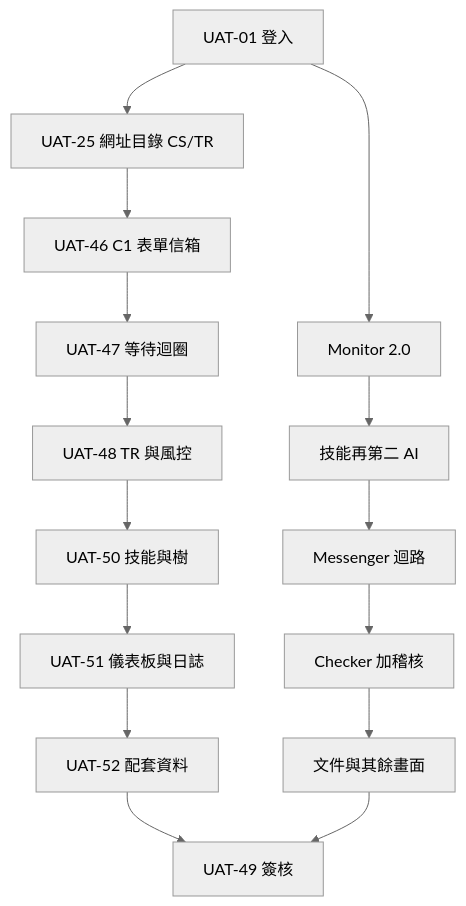
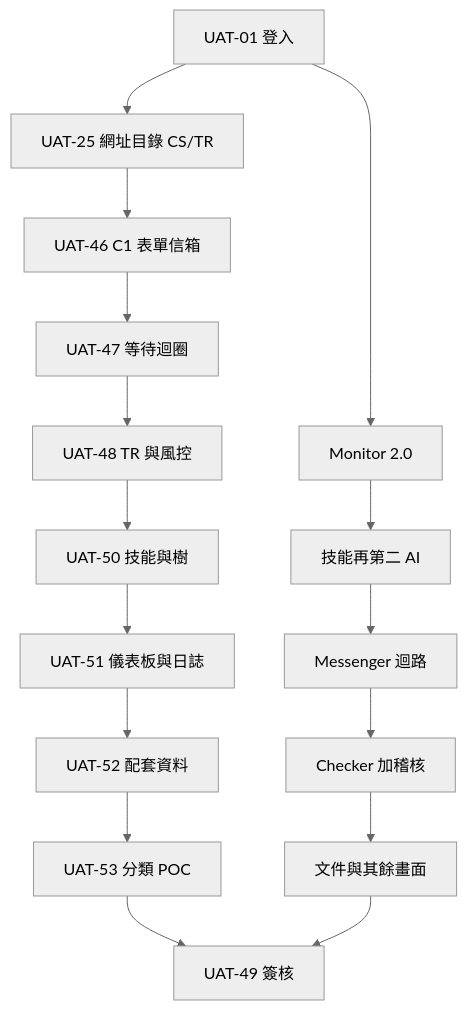
One commit to hxyan2020/PRD changed the diagram in platform/docs/UAT.zh-Hant.md. Above: the diagram before and after it, drawn with Mermaid (neutral theme). The commit also changed other lines of this file and 39 other files, not shown here.

````diff
--- a/platform/docs/UAT.zh-Hant.md
+++ b/platform/docs/UAT.zh-Hant.md
@@ -20,17 +20,18 @@
 ```mermaid
 graph TD
   Login[UAT-01 登入] --> Mon[Monitor 2.0]
   Mon --> AI[技能再第二 AI]
   AI --> Msg[Messenger 迴路]
   Msg --> Gate[Checker 加稽核]
   Gate --> Docs[文件與其餘畫面]
   Login --> CsDoor[UAT-25 網址目錄 CS/TR]
   CsDoor --> Intake[UAT-46 C1 表單信箱]
   Intake --> Wait[UAT-47 等待迴圈]
   Wait --> Tr[UAT-48 TR 與風控]
   Tr --> Skills[UAT-50 技能與樹]
   Skills --> Dash[UAT-51 儀表板與日誌]
   Dash --> Data[UAT-52 配套資料]
-  Data --> Sign[UAT-49 簽核]
+  Data --> Analyze[UAT-53 分類 POC]
+  Analyze --> Sign[UAT-49 簽核]
   Docs --> Sign
 ```
````
